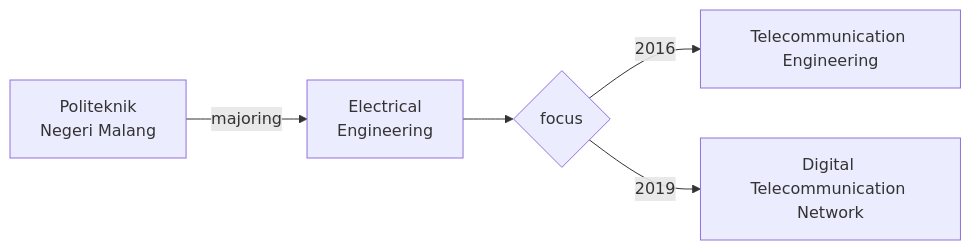
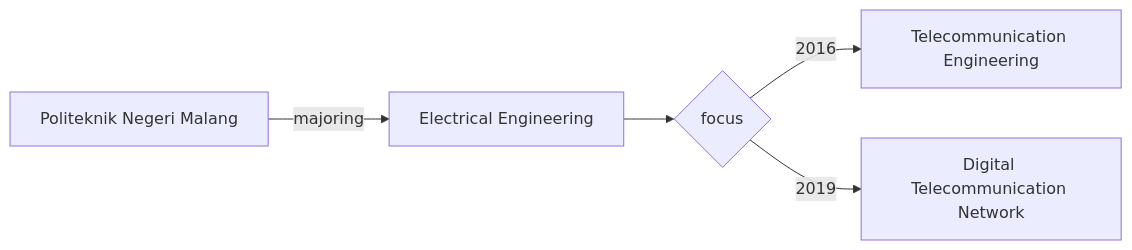
The first of 5 diagrams in README.md (revou-fsse-3/Module-1-Dhea-Fiky-Fatchatur-Rizky), drawn with Mermaid before and after one commit.

Commit message:
change syntax

````diff
--- a/README.md
+++ b/README.md
@@ -24,11 +24,9 @@
 ```mermaid
 flowchart LR
 
-A[Politeknik 
-Negeri Malang] -->|majoring| B[Electrical 
-Engineering]
+A[Politeknik Negeri Malang] -->|majoring| B[Electrical Engineering]
 B --> C{focus}
 C -->|2016| D[Telecommunication Engineering]
 C -->|2019| E[Digital Telecommunication Network]
 
 ```
````
